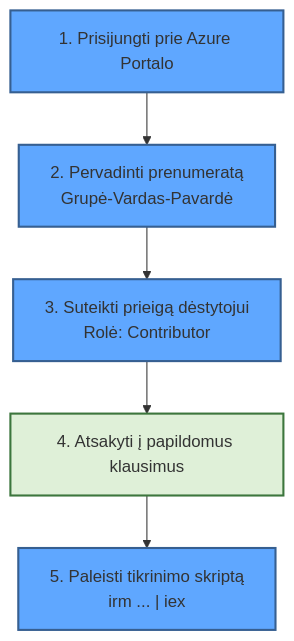
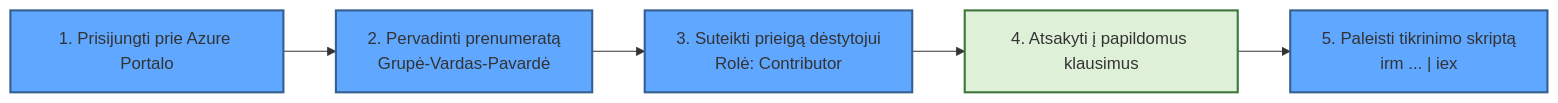
Before and after one commit to Kauno-Kolegija/KK-Azure: the diagram in Lab01/README.md, drawn with Mermaid. The commit also changed 1 other file, not shown here.

Commit message:
Lab2 fix

````diff
--- a/Lab01/README.md
+++ b/Lab01/README.md
@@ -1,19 +1,20 @@
 ```mermaid
-graph TD
+flowchart LR
+%%graph TD
 %%---
 %%config:
 %%  layout: fixed
 %%---
 %%flowchart TB
     A["1. Prisijungti prie Azure Portalo"] --> B["2. Pervadinti prenumeratą<br>Grupė-Vardas-Pavardė"]
     B --> C["3. Suteikti prieigą dėstytojui<br>Rolė: Contributor"]
     D["4. Atsakyti į papildomus klausimus"] --> E["5. Paleisti tikrinimo skriptą<br>irm ... | iex"]
     C --> D
 
     %%Stilius
     style A fill:#5FA7FF,stroke:#365F91,stroke-width:2px
     style B fill:#5FA7FF,stroke:#365F91,stroke-width:2px
     style C fill:#5FA7FF,stroke:#365F91,stroke-width:2px
     style E fill:#5FA7FF,stroke:#365F91,stroke-width:2px
     style D fill:#dff0d8,stroke:#3c763d,stroke-width:2px
 ```
````
